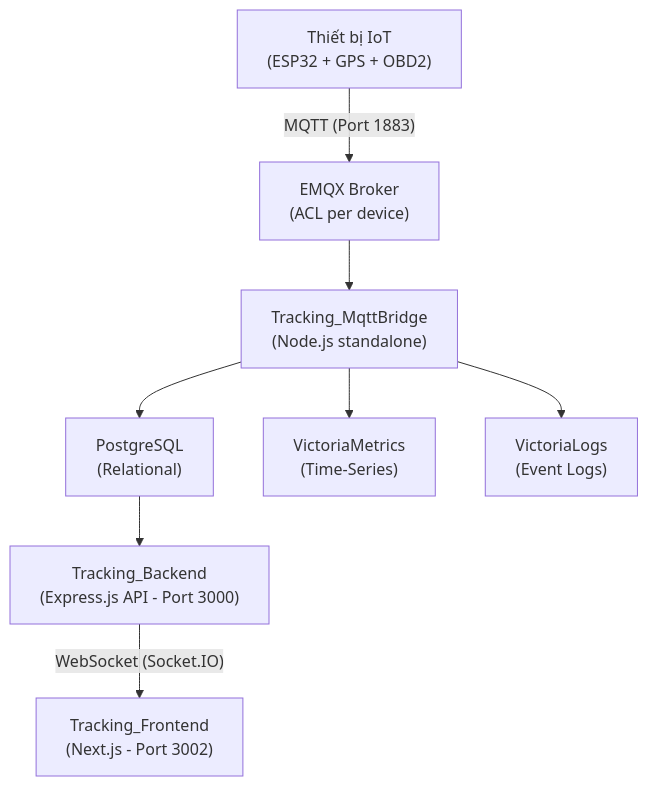
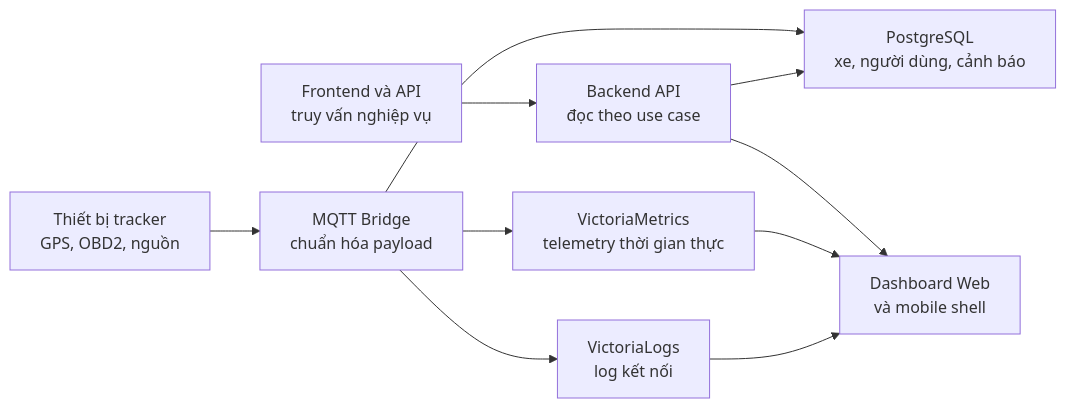
Before and after one commit to anmh1205/IoT_Vehicle_Tracking_System: the diagram in tmp-mermaid/thesis-99-bao-cao-thesis-hoan-chinh-04.mmd, drawn with Mermaid. The commit also changed 257 other files, not shown here.

First line of the commit message:
update: Add Mermaid diagrams and theme configuration for tracking system

```diff
--- a/tmp-mermaid/thesis-99-bao-cao-thesis-hoan-chinh-04.mmd
+++ b/tmp-mermaid/thesis-99-bao-cao-thesis-hoan-chinh-04.mmd
@@ -1,17 +1,10 @@
-graph TD
-    Device["Thiết bị IoT<br>(ESP32 + GPS + OBD2)"]
-    EMQX["EMQX Broker<br>(ACL per device)"]
-    Bridge["Tracking_MqttBridge<br>(Node.js standalone)"]
-    PG["PostgreSQL<br>(Relational)"]
-    VM["VictoriaMetrics<br>(Time-Series)"]
-    VL["VictoriaLogs<br>(Event Logs)"]
-    API["Tracking_Backend<br>(Express.js API - Port 3000)"]
-    FE["Tracking_Frontend<br>(Next.js - Port 3002)"]
-
-    Device -->|"MQTT (Port 1883)"| EMQX
-    EMQX --> Bridge
-    Bridge --> PG
-    Bridge --> VM
-    Bridge --> VL
-    PG --> API
-    API -->|"WebSocket (Socket.IO)"| FE
+flowchart LR
+    Tracker["Thiết bị tracker<br/>GPS, OBD2, nguồn"] --> Bridge["MQTT Bridge<br/>chuẩn hóa payload"]
+    Frontend["Frontend và API<br/>truy vấn nghiệp vụ"] --> Backend["Backend API<br/>đọc theo use case"]
+    Bridge --> PG["PostgreSQL<br/>xe, người dùng, cảnh báo"]
+    Bridge --> VM["VictoriaMetrics<br/>telemetry thời gian thực"]
+    Bridge --> VL["VictoriaLogs<br/>log kết nối"]
+    Backend --> PG
+    Backend --> Dashboard["Dashboard Web<br/>và mobile shell"]
+    VM --> Dashboard
+    VL --> Dashboard
```
